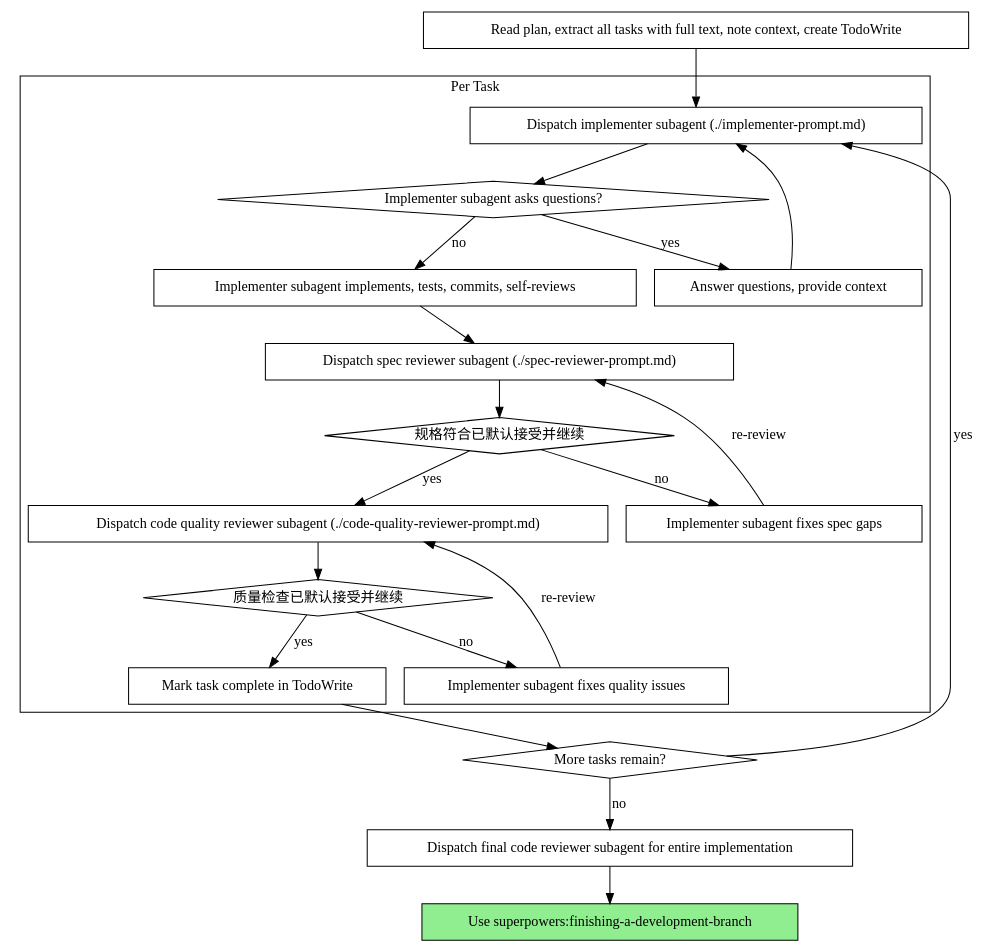
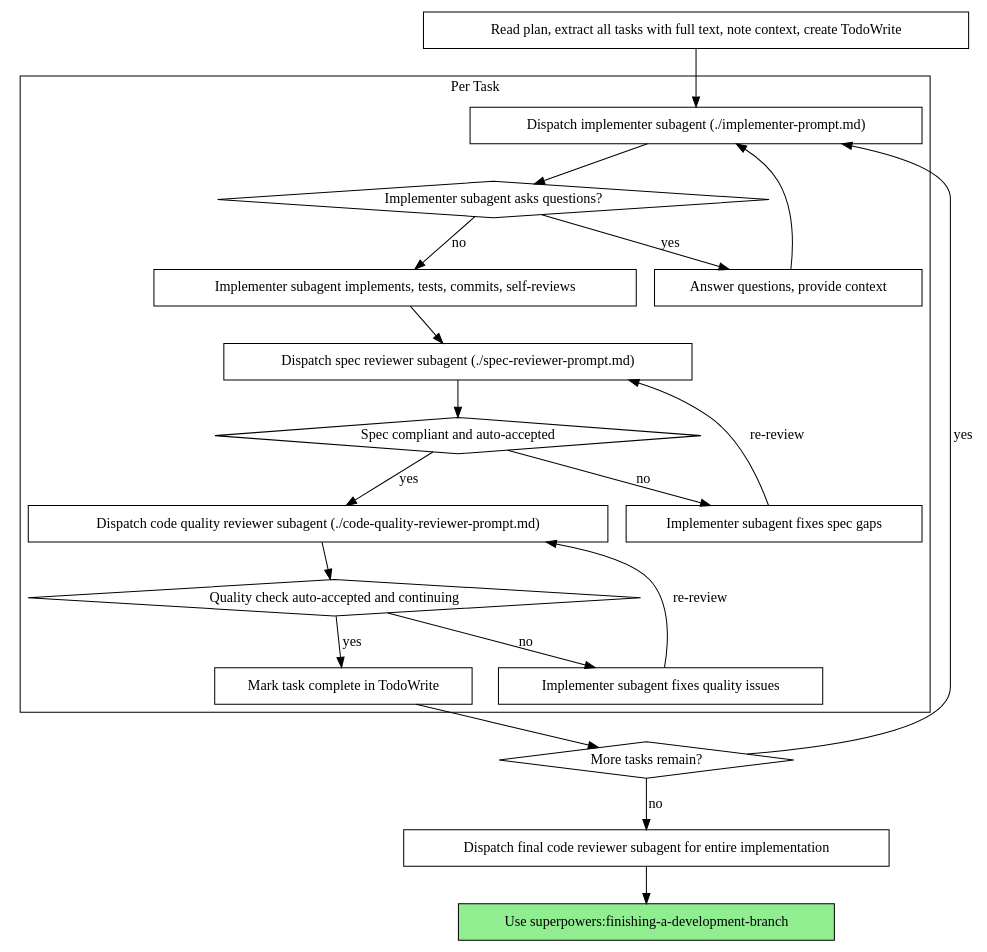
The second of 2 diagrams in skills/subagent-driven-development/SKILL.md (ShakaRover/superpowers), drawn with Graphviz before and after one commit. The commit also changed other lines of this file and 13 other files, not shown here.

````diff
--- a/skills/subagent-driven-development/SKILL.md
+++ b/skills/subagent-driven-development/SKILL.md
@@ -49,44 +49,44 @@
 ```dot
 digraph process {
     rankdir=TB;
 
     subgraph cluster_per_task {
         label="Per Task";
         "Dispatch implementer subagent (./implementer-prompt.md)" [shape=box];
         "Implementer subagent asks questions?" [shape=diamond];
         "Answer questions, provide context" [shape=box];
         "Implementer subagent implements, tests, commits, self-reviews" [shape=box];
         "Dispatch spec reviewer subagent (./spec-reviewer-prompt.md)" [shape=box];
-        "规格符合已默认接受并继续" [shape=diamond];
+        "Spec compliant and auto-accepted" [shape=diamond];
         "Implementer subagent fixes spec gaps" [shape=box];
         "Dispatch code quality reviewer subagent (./code-quality-reviewer-prompt.md)" [shape=box];
-        "质量检查已默认接受并继续" [shape=diamond];
+        "Quality check auto-accepted and continuing" [shape=diamond];
         "Implementer subagent fixes quality issues" [shape=box];
         "Mark task complete in TodoWrite" [shape=box];
     }
 
     "Read plan, extract all tasks with full text, note context, create TodoWrite" [shape=box];
     "More tasks remain?" [shape=diamond];
     "Dispatch final code reviewer subagent for entire implementation" [shape=box];
     "Use superpowers:finishing-a-development-branch" [shape=box style=filled fillcolor=lightgreen];
 
     "Read plan, extract all tasks with full text, note context, create TodoWrite" -> "Dispatch implementer subagent (./implementer-prompt.md)";
     "Dispatch implementer subagent (./implementer-prompt.md)" -> "Implementer subagent asks questions?";
     "Implementer subagent asks questions?" -> "Answer questions, provide context" [label="yes"];
     "Answer questions, provide context" -> "Dispatch implementer subagent (./implementer-prompt.md)";
     "Implementer subagent asks questions?" -> "Implementer subagent implements, tests, commits, self-reviews" [label="no"];
     "Implementer subagent implements, tests, commits, self-reviews" -> "Dispatch spec reviewer subagent (./spec-reviewer-prompt.md)";
-    "Dispatch spec reviewer subagent (./spec-reviewer-prompt.md)" -> "规格符合已默认接受并继续";
-    "规格符合已默认接受并继续" -> "Implementer subagent fixes spec gaps" [label="no"];
+    "Dispatch spec reviewer subagent (./spec-reviewer-prompt.md)" -> "Spec compliant and auto-accepted";
+    "Spec compliant and auto-accepted" -> "Implementer subagent fixes spec gaps" [label="no"];
     "Implementer subagent fixes spec gaps" -> "Dispatch spec reviewer subagent (./spec-reviewer-prompt.md)" [label="re-review"];
-    "规格符合已默认接受并继续" -> "Dispatch code quality reviewer subagent (./code-quality-reviewer-prompt.md)" [label="yes"];
-    "Dispatch code quality reviewer subagent (./code-quality-reviewer-prompt.md)" -> "质量检查已默认接受并继续";
-    "质量检查已默认接受并继续" -> "Implementer subagent fixes quality issues" [label="no"];
+    "Spec compliant and auto-accepted" -> "Dispatch code quality reviewer subagent (./code-quality-reviewer-prompt.md)" [label="yes"];
+    "Dispatch code quality reviewer subagent (./code-quality-reviewer-prompt.md)" -> "Quality check auto-accepted and continuing";
+    "Quality check auto-accepted and continuing" -> "Implementer subagent fixes quality issues" [label="no"];
     "Implementer subagent fixes quality issues" -> "Dispatch code quality reviewer subagent (./code-quality-reviewer-prompt.md)" [label="re-review"];
-    "质量检查已默认接受并继续" -> "Mark task complete in TodoWrite" [label="yes"];
+    "Quality check auto-accepted and continuing" -> "Mark task complete in TodoWrite" [label="yes"];
     "Mark task complete in TodoWrite" -> "More tasks remain?";
     "More tasks remain?" -> "Dispatch implementer subagent (./implementer-prompt.md)" [label="yes"];
     "More tasks remain?" -> "Dispatch final code reviewer subagent for entire implementation" [label="no"];
     "Dispatch final code reviewer subagent for entire implementation" -> "Use superpowers:finishing-a-development-branch";
 }
 ```
````
